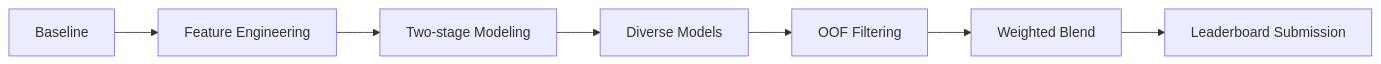
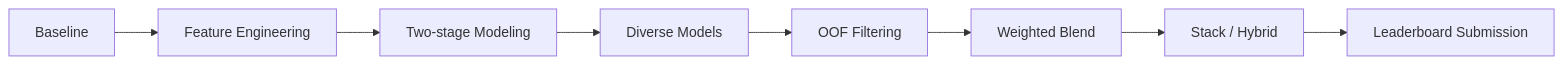
One commit to ChicaChan/PS-S6E3 changed the third of 4 diagrams in docs/competition_paper.md. Above: the diagram before and after it, drawn with Mermaid. The commit also changed other lines of this file and 2 other files, not shown here.

````diff
--- a/docs/competition_paper.md
+++ b/docs/competition_paper.md
@@ -228,9 +230,10 @@
 ```mermaid
 flowchart LR
     A[Baseline] --> B[Feature Engineering]
     B --> C[Two-stage Modeling]
     C --> D[Diverse Models]
     D --> E[OOF Filtering]
     E --> F[Weighted Blend]
-    F --> G[Leaderboard Submission]
+    F --> G[Stack / Hybrid]
+    G --> H[Leaderboard Submission]
 ```
````
